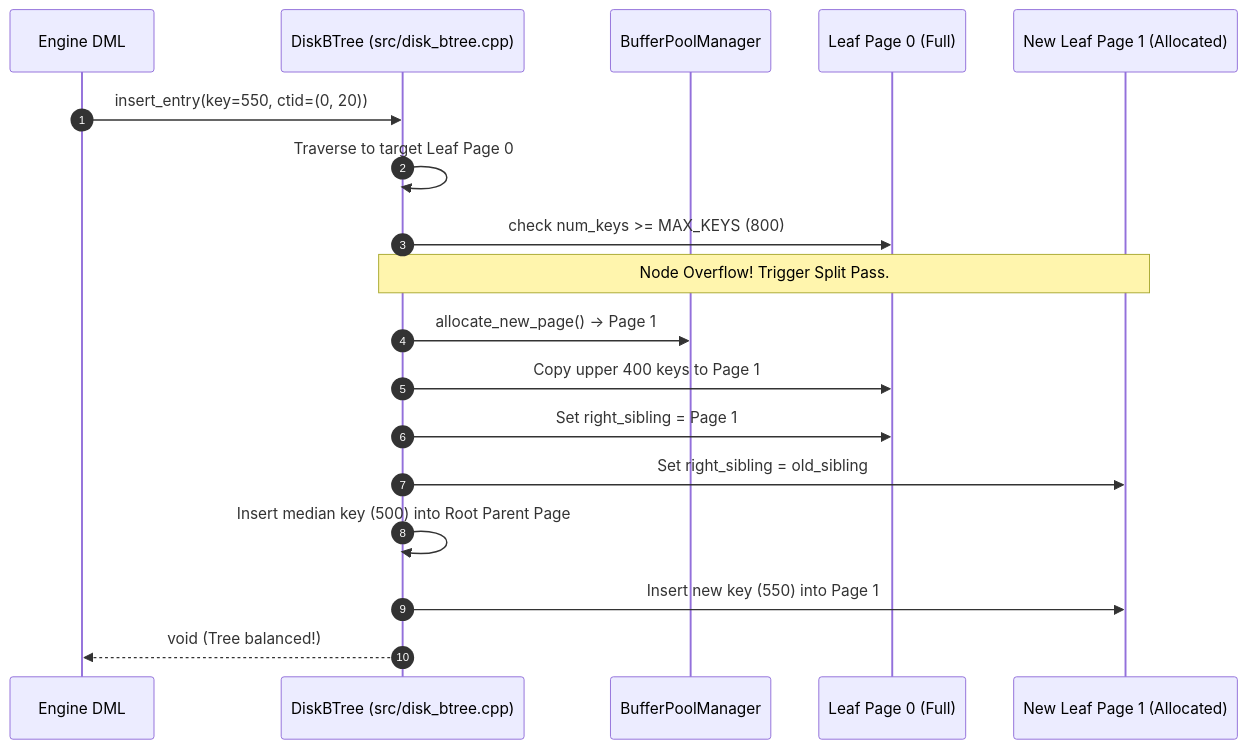
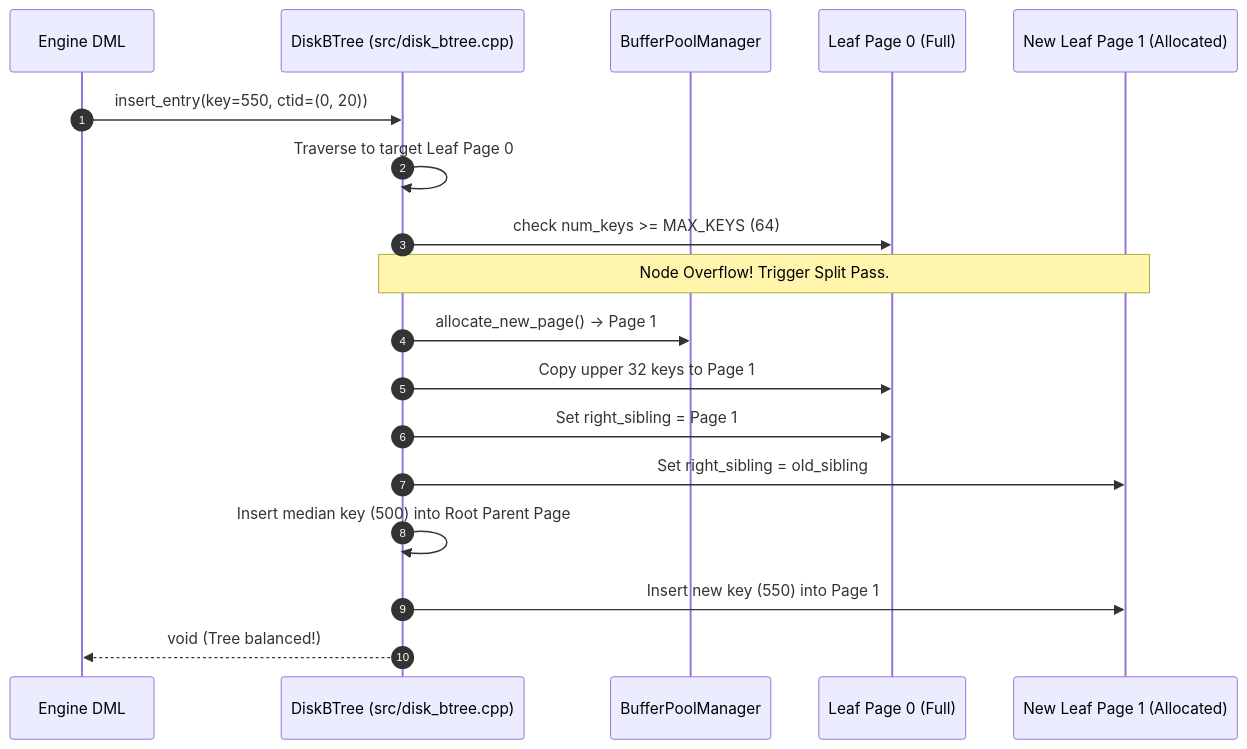
Before and after one commit to Nimastic/cpp-postgres: the second of 2 diagrams in notes/atlas/14-disk-resident-btree.md, drawn with Mermaid. The commit also changed other lines of this file and 11 other files, not shown here.

````diff
--- a/notes/atlas/14-disk-resident-btree.md
+++ b/notes/atlas/14-disk-resident-btree.md
@@ -47,21 +47,21 @@
 ```mermaid
 sequenceDiagram
     autonumber
     participant Client as Engine DML
     participant Tree as DiskBTree (src/disk_btree.cpp)
     participant BPM as BufferPoolManager
     participant P0 as Leaf Page 0 (Full)
     participant P1 as New Leaf Page 1 (Allocated)
 
     Client->>Tree: insert_entry(key=550, ctid=(0, 20))
     Tree->>Tree: Traverse to target Leaf Page 0
-    Tree->>P0: check num_keys >= MAX_KEYS (800)
+    Tree->>P0: check num_keys >= MAX_KEYS (64)
     Note over Tree,P1: Node Overflow! Trigger Split Pass.
     Tree->>BPM: allocate_new_page() -> Page 1
-    Tree->>P0: Copy upper 400 keys to Page 1
+    Tree->>P0: Copy upper 32 keys to Page 1
     Tree->>P0: Set right_sibling = Page 1
     Tree->>P1: Set right_sibling = old_sibling
     Tree->>Tree: Insert median key (500) into Root Parent Page
     Tree->>P1: Insert new key (550) into Page 1
     Tree-->>Client: void (Tree balanced!)
 ```
````
